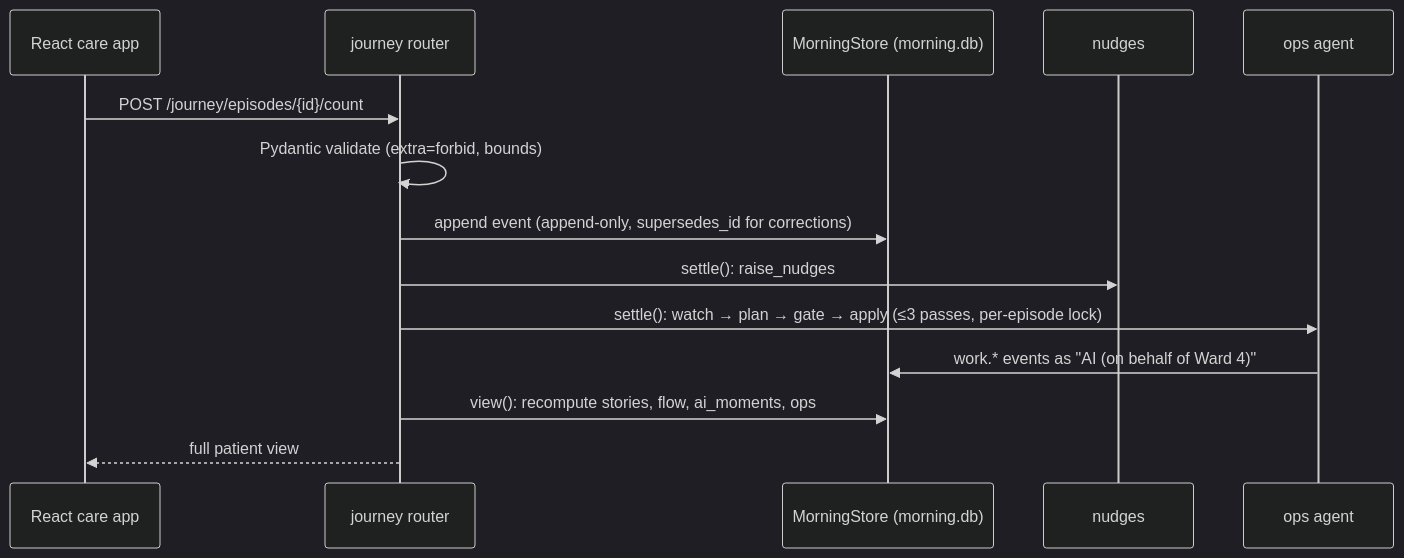
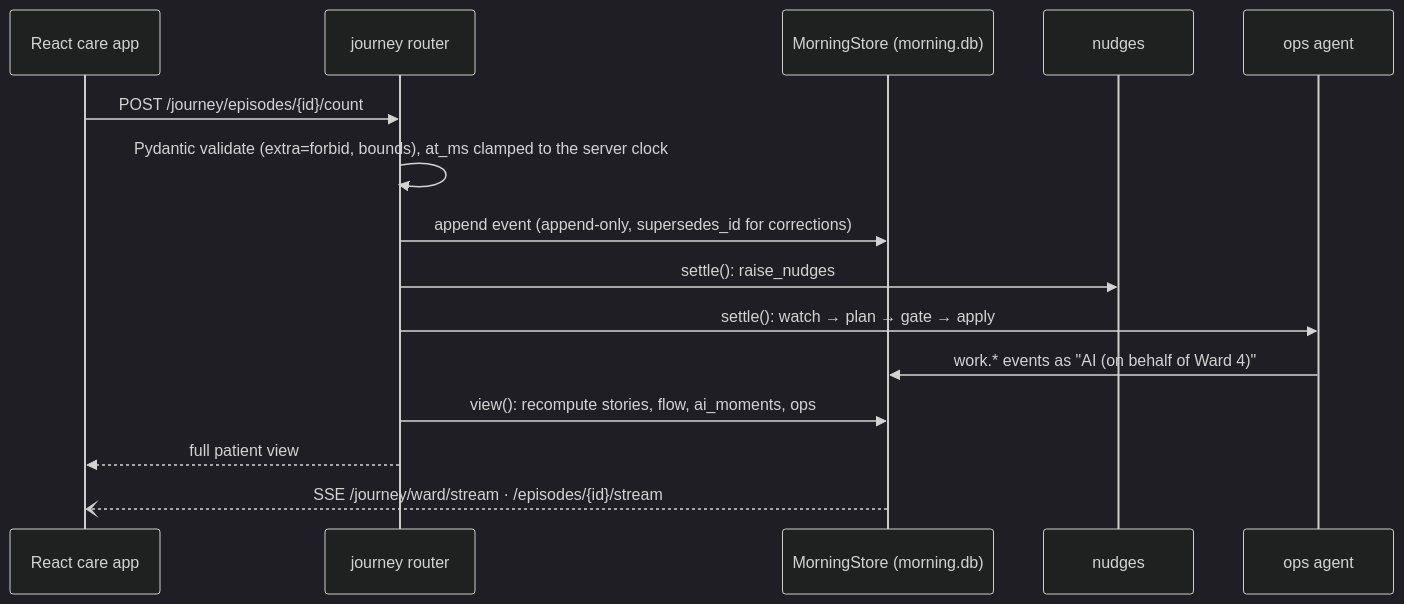
One commit to lvnpred/hackathon26-proof changed the fourth of 12 diagrams in docs/product-overview/ARCHITECTURE_OVERVIEW.md. Above: the diagram before and after it, drawn with Mermaid (dark theme). The commit also changed other lines of this file and 10 other files, not shown here.

````diff
--- a/docs/product-overview/ARCHITECTURE_OVERVIEW.md
+++ b/docs/product-overview/ARCHITECTURE_OVERVIEW.md
@@ -68,16 +95,17 @@
 ```mermaid
 sequenceDiagram
   participant UI as React care app
   participant R as journey router
   participant S as MorningStore (morning.db)
   participant N as nudges
   participant OPS as ops agent
   UI->>R: POST /journey/episodes/{id}/count
-  R->>R: Pydantic validate (extra=forbid, bounds)
+  R->>R: Pydantic validate (extra=forbid, bounds), at_ms clamped to the server clock
   R->>S: append event (append-only, supersedes_id for corrections)
   R->>N: settle(): raise_nudges
-  R->>OPS: settle(): watch → plan → gate → apply (≤3 passes, per-episode lock)
+  R->>OPS: settle(): watch → plan → gate → apply
   OPS->>S: work.* events as "AI (on behalf of Ward 4)"
   R->>S: view(): recompute stories, flow, ai_moments, ops
   R-->>UI: full patient view
+  S--)UI: SSE /journey/ward/stream · /episodes/{id}/stream
 ```
````
